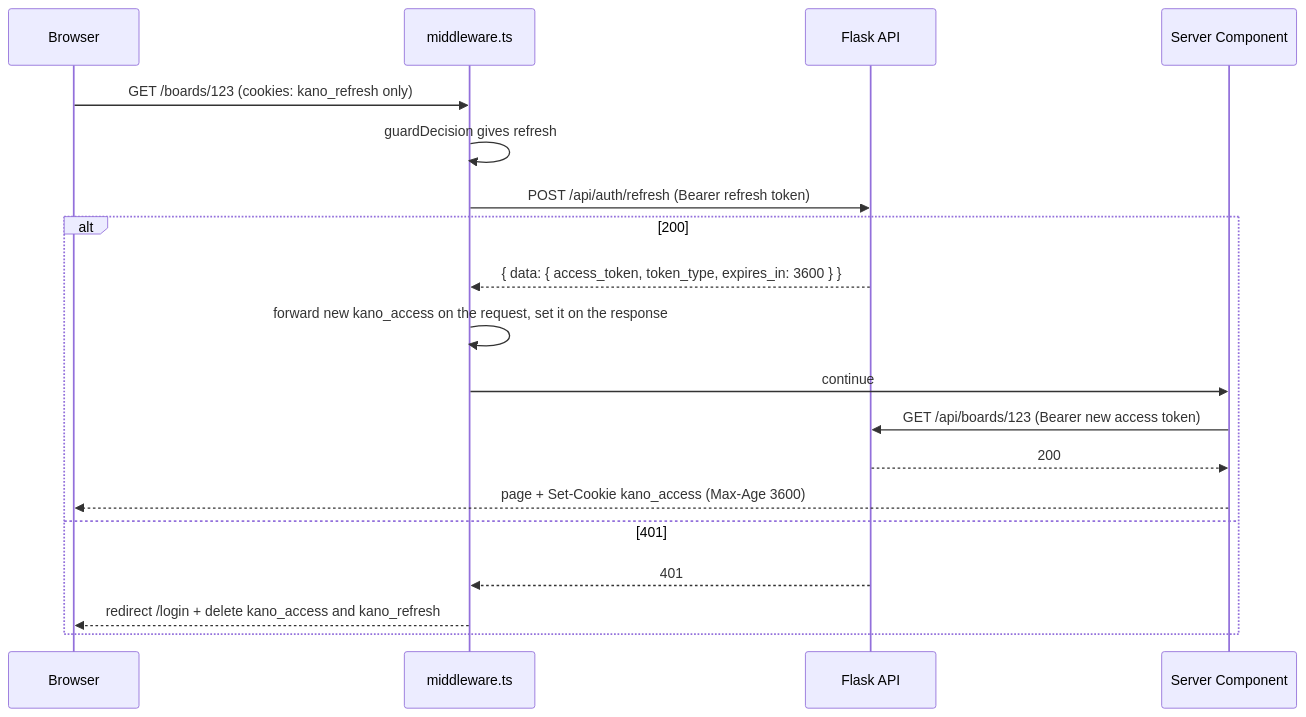
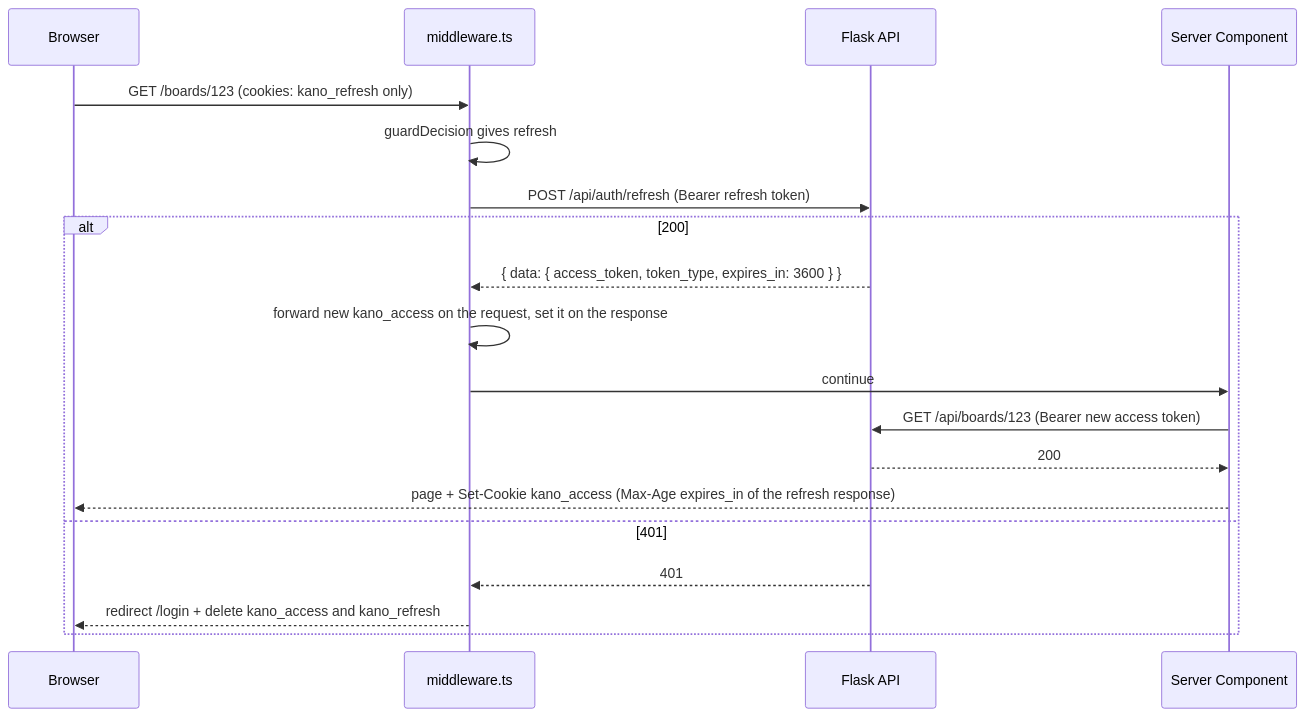
One commit to Revou-FSSE-Jun26/module-4-jonathanchristian changed the fifth of 9 diagrams in .kiro/specs/kano/design.md. Above: the diagram before and after it, drawn with Mermaid. The commit also changed other lines of this file and 2 other files, not shown here.

````diff
--- a/.kiro/specs/kano/design.md
+++ b/.kiro/specs/kano/design.md
@@ -494,21 +496,21 @@
 ```mermaid
 sequenceDiagram
     participant U as Browser
     participant MW as middleware.ts
     participant API as Flask API
     participant SC as Server Component
     U->>MW: GET /boards/123 (cookies: kano_refresh only)
     MW->>MW: guardDecision gives refresh
     MW->>API: POST /api/auth/refresh (Bearer refresh token)
     alt 200
         API-->>MW: { data: { access_token, token_type, expires_in: 3600 } }
         MW->>MW: forward new kano_access on the request, set it on the response
         MW->>SC: continue
         SC->>API: GET /api/boards/123 (Bearer new access token)
         API-->>SC: 200
-        SC-->>U: page + Set-Cookie kano_access (Max-Age 3600)
+        SC-->>U: page + Set-Cookie kano_access (Max-Age expires_in of the refresh response)
     else 401
         API-->>MW: 401
         MW-->>U: redirect /login + delete kano_access and kano_refresh
     end
 ```
````
